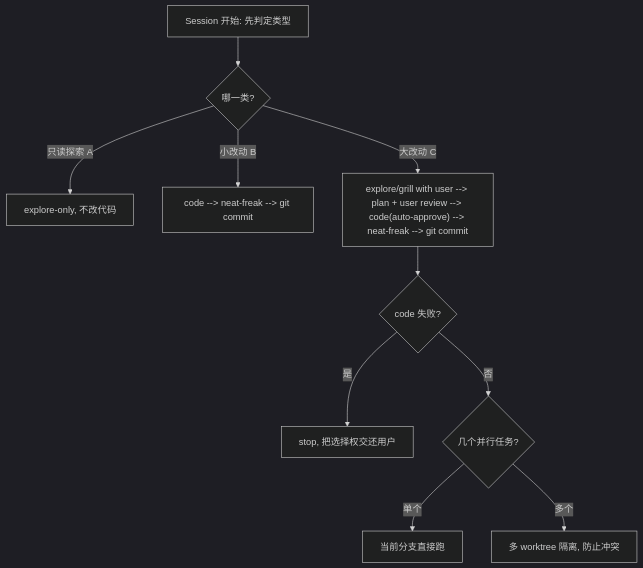
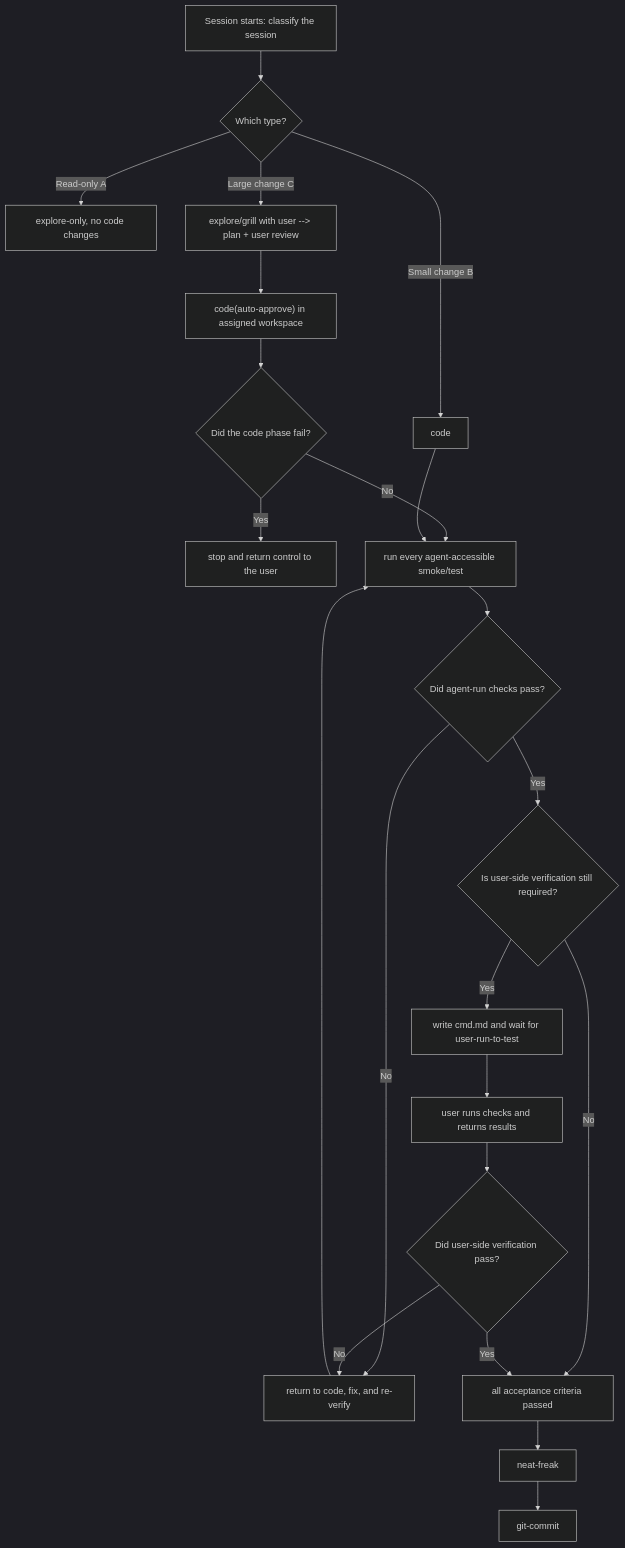
Before and after one commit to AtticusZeller/skills: the diagram in skills/init-repo-agents/references/AGENTS.template.md, drawn with Mermaid (dark theme). The commit also changed other lines of this file and 2 other files, not shown here.

First line of the commit message:
feat(init-repo): harden agent lifecycle

````diff
--- a/skills/init-repo-agents/references/AGENTS.template.md
+++ b/skills/init-repo-agents/references/AGENTS.template.md
@@ -27,12 +32,24 @@
 ```mermaid
 flowchart TD
-    startNode["Session 开始: 先判定类型"] --> kind{"哪一类?"}
-    kind -->|"只读探索 A"| exploreOnly["explore-only, 不改代码"]
-    kind -->|"小改动 B"| small["code --> neat-freak --> git commit"]
-    kind -->|"大改动 C"| big["explore/grill with user --> plan + user review --> code(auto-approve) --> neat-freak --> git commit"]
-    big --> fail{"code 失败?"}
-    fail -->|"是"| stop["stop, 把选择权交还用户"]
-    fail -->|"否"| branch{"几个并行任务?"}
-    branch -->|"单个"| current["当前分支直接跑"]
-    branch -->|"多个"| worktree["多 worktree 隔离, 防止冲突"]
+    startNode["Session starts: classify the session"] --> kind{"Which type?"}
+    kind -->|"Read-only A"| exploreOnly["explore-only, no code changes"]
+    kind -->|"Small change B"| smallCode["code"]
+    kind -->|"Large change C"| align["explore/grill with user --> plan + user review"]
+    align --> largeCode["code(auto-approve) in assigned workspace"]
+    largeCode --> codeFail{"Did the code phase fail?"}
+    codeFail -->|"Yes"| stop["stop and return control to the user"]
+    codeFail -->|"No"| agentVerify
+    smallCode --> agentVerify["run every agent-accessible smoke/test"]
+    agentVerify --> agentResult{"Did agent-run checks pass?"}
+    agentResult -->|"No"| retryCode
+    agentResult -->|"Yes"| userNeeded{"Is user-side verification still required?"}
+    userNeeded -->|"No"| verified["all acceptance criteria passed"]
+    userNeeded -->|"Yes"| handoff["write cmd.md and wait for user-run-to-test"]
+    handoff --> userVerify["user runs checks and returns results"]
+    userVerify --> userResult{"Did user-side verification pass?"}
+    userResult -->|"No"| retryCode["return to code, fix, and re-verify"]
+    userResult -->|"Yes"| verified
+    retryCode --> agentVerify
+    verified --> neat["neat-freak"]
+    neat --> commit["git-commit"]
 ```
````
